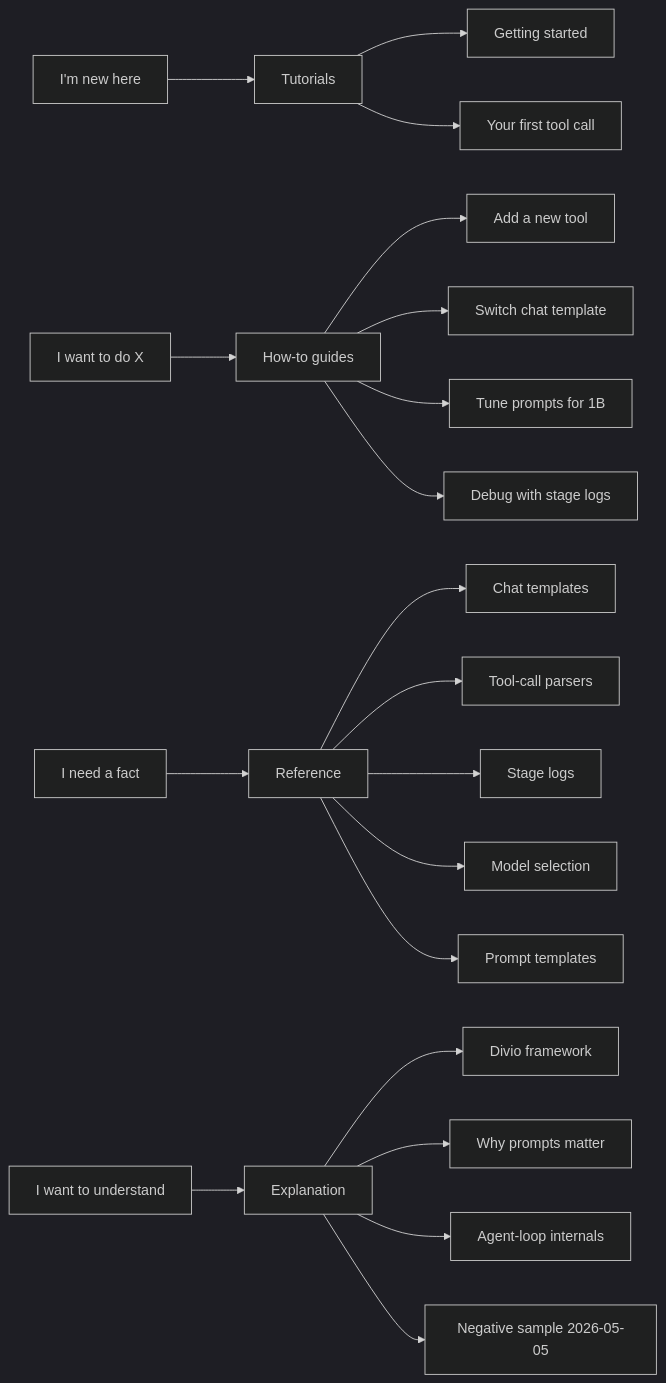
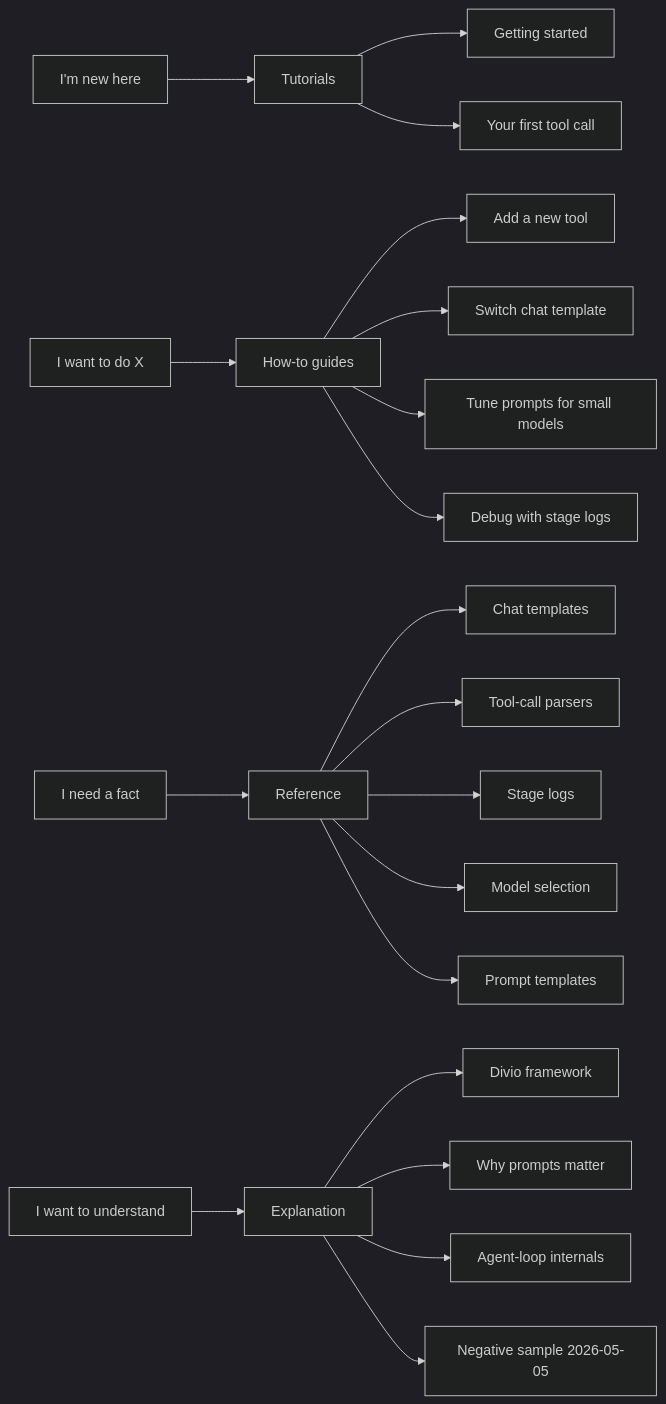
The diagram in docs/modules/prompt-engineering/pages/index.adoc (michalharakal/Daily-StandAPP), drawn with Mermaid (dark theme) before and after one commit. The commit also changed other lines of this file and 38 other files, not shown here.

```diff
--- a/docs/modules/prompt-engineering/pages/index.adoc
+++ b/docs/modules/prompt-engineering/pages/index.adoc
@@ -14,27 +15,27 @@
 [mermaid]
 ----
 flowchart LR
     NEW[I'm new here] --> TUT[Tutorials]
     TASK[I want to do X] --> HOWTO[How-to guides]
     LOOKUP[I need a fact] --> REF[Reference]
     WHY[I want to understand] --> EXP[Explanation]
 
     TUT --> GS[Getting started]
     TUT --> FTC[Your first tool call]
 
     HOWTO --> ANT[Add a new tool]
     HOWTO --> SCT[Switch chat template]
-    HOWTO --> TP[Tune prompts for 1B]
+    HOWTO --> TP[Tune prompts for small models]
     HOWTO --> DBG[Debug with stage logs]
 
     REF --> CT[Chat templates]
     REF --> TCP[Tool-call parsers]
     REF --> SL[Stage logs]
     REF --> MS[Model selection]
     REF --> PT[Prompt templates]
 
     EXP --> DIV[Divio framework]
     EXP --> WHYP[Why prompts matter]
     EXP --> ALI[Agent-loop internals]
     EXP --> NS[Negative sample 2026-05-05]
 ----
```
